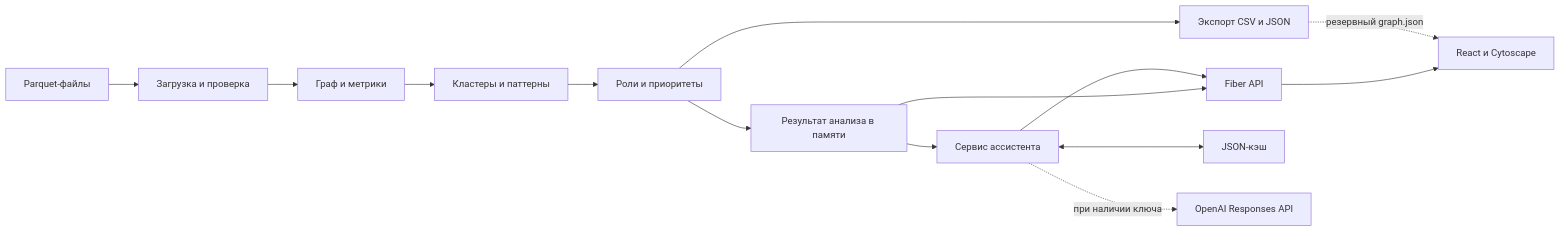
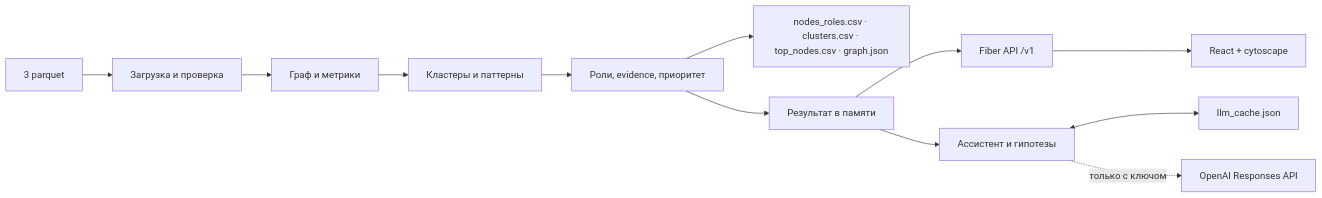
Before and after one commit to BAITC-Hacks/hack-bf176827-zzz-technology: the diagram in README.md, drawn with Mermaid. The commit also changed other lines of this file and 7 other files, not shown here.

````diff
--- a/README.md
+++ b/README.md
@@ -102,16 +84,14 @@
 ```mermaid
 flowchart LR
-    D[Parquet-файлы] --> L[Загрузка и проверка]
+    D[3 parquet] --> L[Загрузка и проверка]
     L --> M[Граф и метрики]
     M --> C[Кластеры и паттерны]
-    C --> R[Роли и приоритеты]
-    R --> E[Экспорт CSV и JSON]
-    R --> A[Результат анализа в памяти]
-    A --> API[Fiber API]
-    API --> UI[React и Cytoscape]
-    E -.->|"резервный graph.json"| UI
-    A --> S[Сервис ассистента]
-    S <--> K[JSON-кэш]
-    S -.->|"при наличии ключа"| O[OpenAI Responses API]
-    S --> API
+    C --> R[Роли, evidence, приоритет]
+    R --> E[nodes_roles.csv · clusters.csv · top_nodes.csv · graph.json]
+    R --> A[Результат в памяти]
+    A --> API[Fiber API /v1]
+    API --> UI[React + cytoscape]
+    A --> S[Ассистент и гипотезы]
+    S <--> K[llm_cache.json]
+    S -. только с ключом .-> O[OpenAI Responses API]
 ```
````
